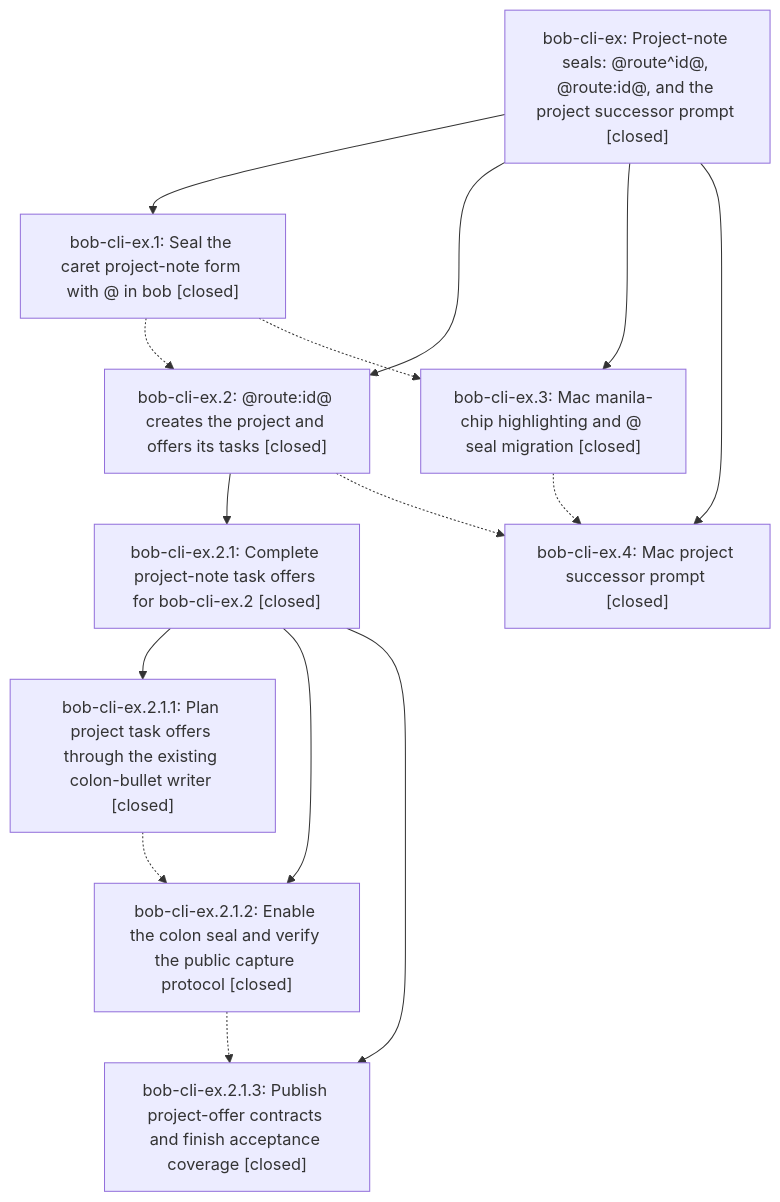
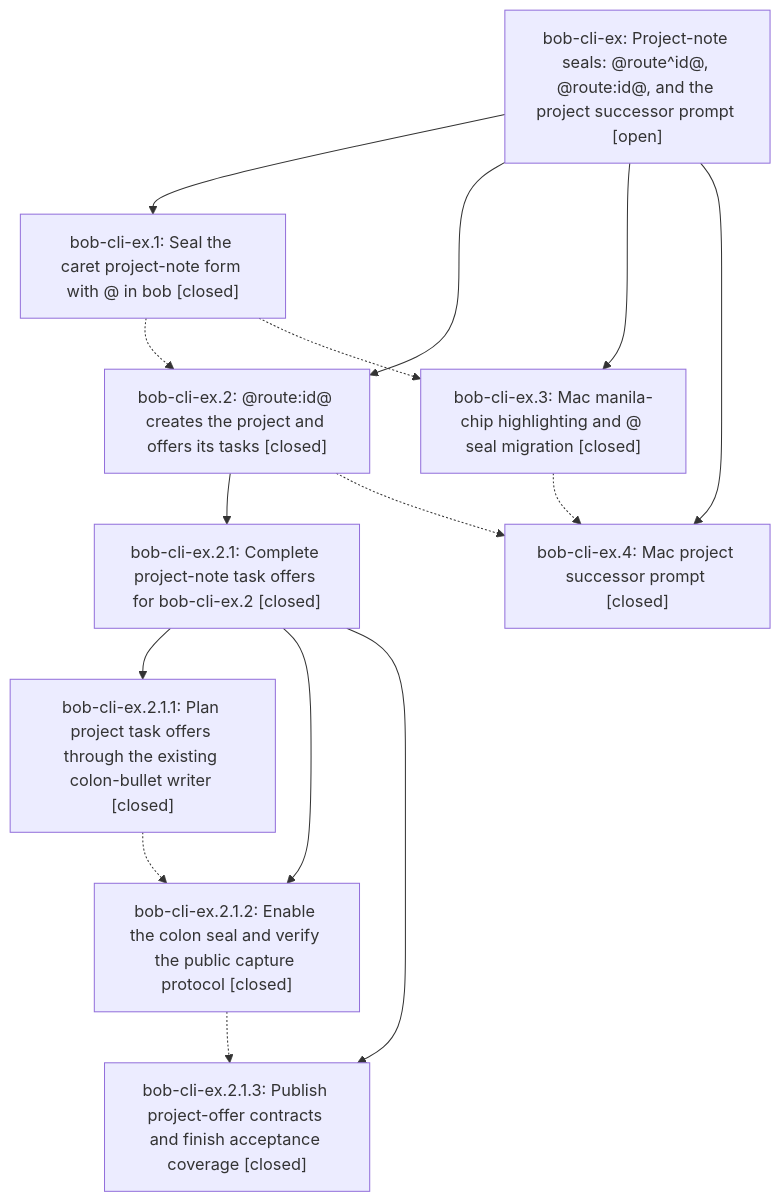
One commit to bobs-org/bob-cli--beads changed the diagram in pages/bob-cli-ex/README.md. Above: the diagram before and after it, drawn with Mermaid. The commit also changed other lines of this file and 4 other files, not shown here.

First line of the commit message:
chore(beads): sync bead state and pages for bob-cli-ex

````diff
--- a/pages/bob-cli-ex/README.md
+++ b/pages/bob-cli-ex/README.md
@@ -64,26 +74,26 @@
 ```mermaid
 flowchart TD
-    n0["bob-cli-ex: Project-note seals: @route^id@, @route:id@, and the project successor prompt [closed]"]
+    n0["bob-cli-ex: Project-note seals: @route^id@, @route:id@, and the project successor prompt [open]"]
     n1["bob-cli-ex.1: Seal the caret project-note form with @ in bob [closed]"]
     n2["bob-cli-ex.2: @route:id@ creates the project and offers its tasks [closed]"]
     n3["bob-cli-ex.2.1: Complete project-note task offers for bob-cli-ex.2 [closed]"]
     n4["bob-cli-ex.2.1.1: Plan project task offers through the existing colon-bullet writer [closed]"]
     n5["bob-cli-ex.2.1.2: Enable the colon seal and verify the public capture protocol [closed]"]
     n6["bob-cli-ex.2.1.3: Publish project-offer contracts and finish acceptance coverage [closed]"]
     n7["bob-cli-ex.3: Mac manila-chip highlighting and @ seal migration [closed]"]
     n8["bob-cli-ex.4: Mac project successor prompt [closed]"]
     n0 --> n1
     n0 --> n2
     n2 --> n3
     n3 --> n4
     n3 --> n5
     n3 --> n6
     n0 --> n7
     n0 --> n8
     n1 -.-> n2
     n1 -.-> n7
     n2 -.-> n8
     n4 -.-> n5
     n5 -.-> n6
     n7 -.-> n8
 ```
````
